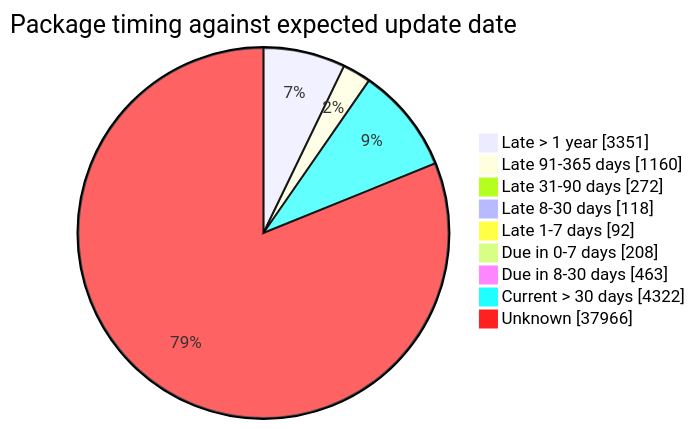
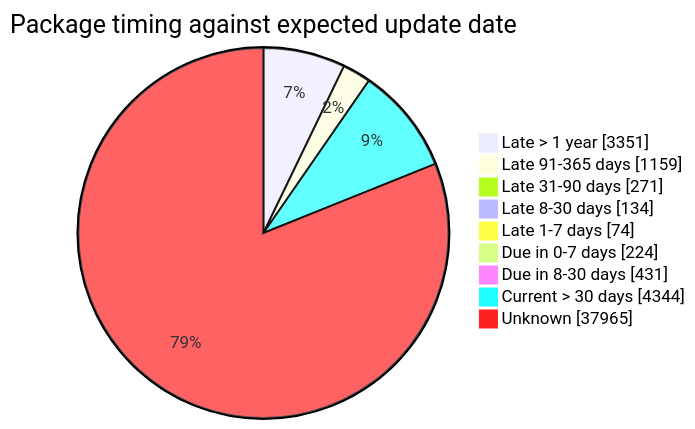
One commit to open-data/analytics-corporate-reporting changed the fourth of 5 diagrams in FreshCheck/README.md. Above: the diagram before and after it, drawn with Mermaid. The commit also changed other lines of this file and 3 other files, not shown here.

````diff
--- a/FreshCheck/README.md
+++ b/FreshCheck/README.md
@@ -86,12 +86,12 @@
 ```mermaid
 pie showData title Package timing against expected update date
     "Late > 1 year": 3351
-    "Late 91-365 days": 1160
-    "Late 31-90 days": 272
-    "Late 8-30 days": 118
-    "Late 1-7 days": 92
-    "Due in 0-7 days": 208
-    "Due in 8-30 days": 463
-    "Current > 30 days": 4322
-    "Unknown": 37966
+    "Late 91-365 days": 1159
+    "Late 31-90 days": 271
+    "Late 8-30 days": 134
+    "Late 1-7 days": 74
+    "Due in 0-7 days": 224
+    "Due in 8-30 days": 431
+    "Current > 30 days": 4344
+    "Unknown": 37965
 ```
````
